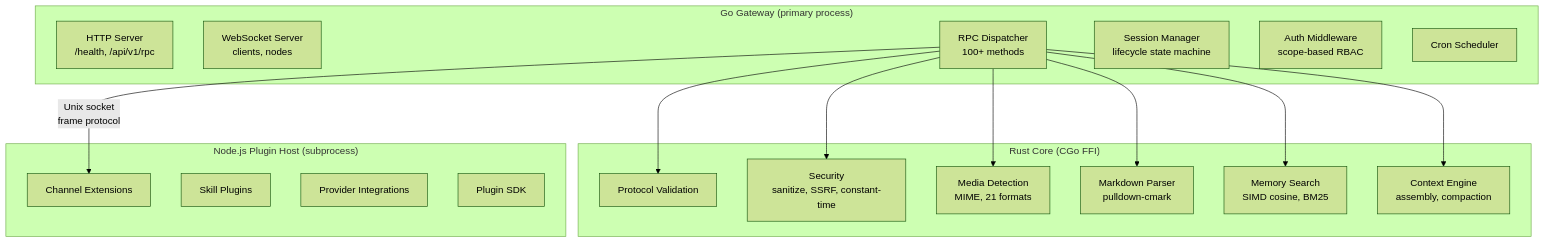
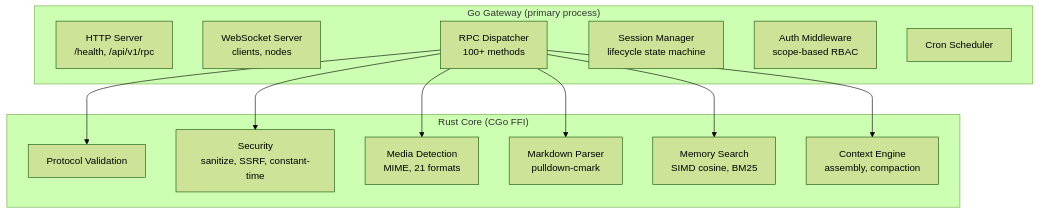
The first of 5 diagrams in docs/concepts/architecture.md (choiceoh/Deneb), drawn with Mermaid (forest theme) before and after one commit. The commit also changed other lines of this file and 26 other files, not shown here.

````diff
--- a/docs/concepts/architecture.md
+++ b/docs/concepts/architecture.md
@@ -37,35 +36,27 @@
 ```mermaid
 graph TB
     subgraph "Go Gateway (primary process)"
         HTTP["HTTP Server<br>/health, /api/v1/rpc"]
         WS["WebSocket Server<br>clients, nodes"]
         RPC["RPC Dispatcher<br>100+ methods"]
         Session["Session Manager<br>lifecycle state machine"]
         Auth["Auth Middleware<br>scope-based RBAC"]
         Cron["Cron Scheduler"]
     end
 
     subgraph "Rust Core (CGo FFI)"
         Proto["Protocol Validation"]
         Security["Security<br>sanitize, SSRF, constant-time"]
         Media["Media Detection<br>MIME, 21 formats"]
         Markdown["Markdown Parser<br>pulldown-cmark"]
         Memory["Memory Search<br>SIMD cosine, BM25"]
         Context["Context Engine<br>assembly, compaction"]
     end
 
-    subgraph "Node.js Plugin Host (subprocess)"
-        Plugins["Channel Extensions"]
-        Skills["Skill Plugins"]
-        Providers["Provider Integrations"]
-        SDK["Plugin SDK"]
-    end
-
     RPC --> Proto
     RPC --> Security
     RPC --> Media
     RPC --> Markdown
     RPC --> Memory
     RPC --> Context
-    RPC -->|"Unix socket<br>frame protocol"| Plugins
 ```
````
